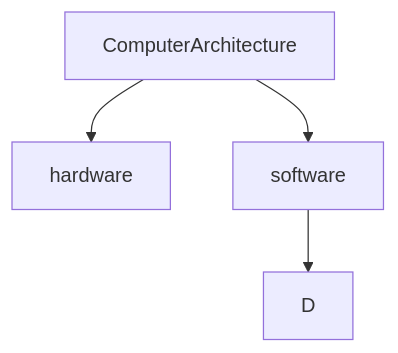
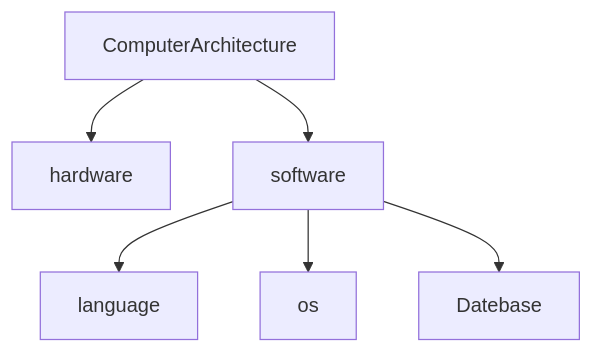
Before and after one commit to qmarsun/computer: the diagram in computer1.md, drawn with Mermaid.

````diff
--- a/computer1.md
+++ b/computer1.md
@@ -1,7 +1,10 @@
 ```mermaid
 graph TD;
     ComputerArchitecture-->hardware;
     ComputerArchitecture-->software;
     
-    software-->D;
+    software-->language;
+    software-->os;
+    software-->Datebase;
+    
 ```
````
